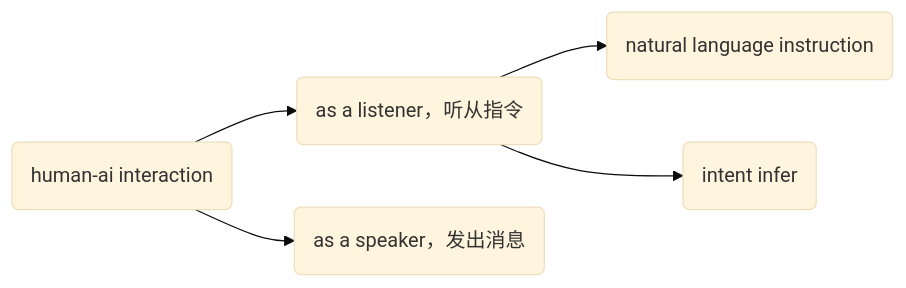
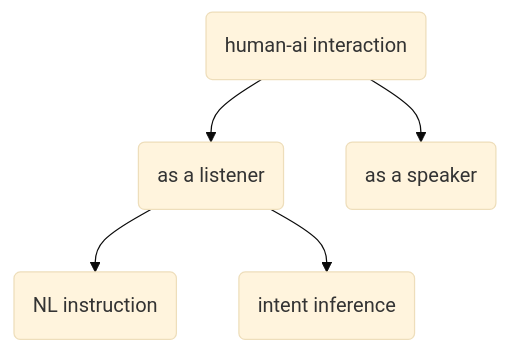
One commit to donovan0116/DRLPapers changed the diagram in 1003项目/temp.md. Above: the diagram before and after it, drawn with Mermaid (base theme). The commit also changed other lines of this file and 13 other files, not shown here.

````diff
--- a/1003项目/temp.md
+++ b/1003项目/temp.md
@@ -1,7 +1,7 @@
 ```mermaid
-graph LR
-A(human-ai interaction)-->B(as a listener，听从指令)
-A-->C(as a speaker，发出消息)
-B-->D(natural language instruction)
-B-->E(intent infer)
+graph TD
+A(human-ai interaction)-->B(as a listener)
+A-->C(as a speaker)
+B-->D(NL instruction)
+B-->E(intent inference)
 ```
````
